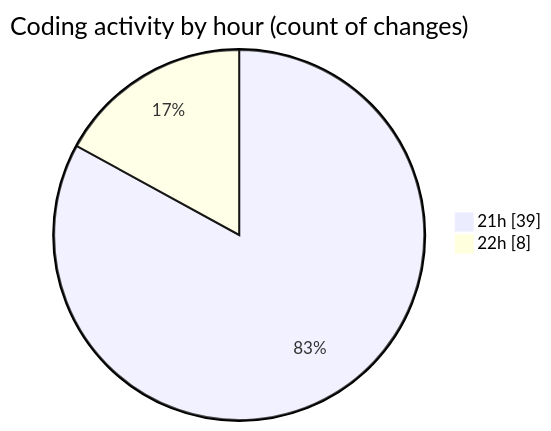
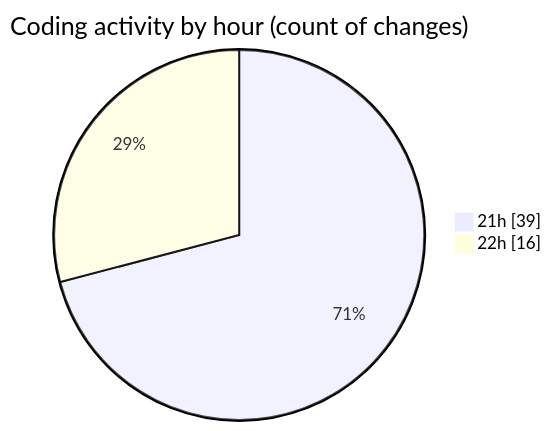
Before and after one commit to Netris89/code-tracking: the second of 2 diagrams in 2025-04-29/date/README.md, drawn with Mermaid. The commit also changed other lines of this file and 1 other file, not shown here.

````diff
--- a/2025-04-29/date/README.md
+++ b/2025-04-29/date/README.md
@@ -30,6 +34,6 @@
 ```mermaid
 pie showData
 title Coding activity by hour (count of changes)
 "21h" : 39
-"22h" : 8
+"22h" : 16
 ```
````
